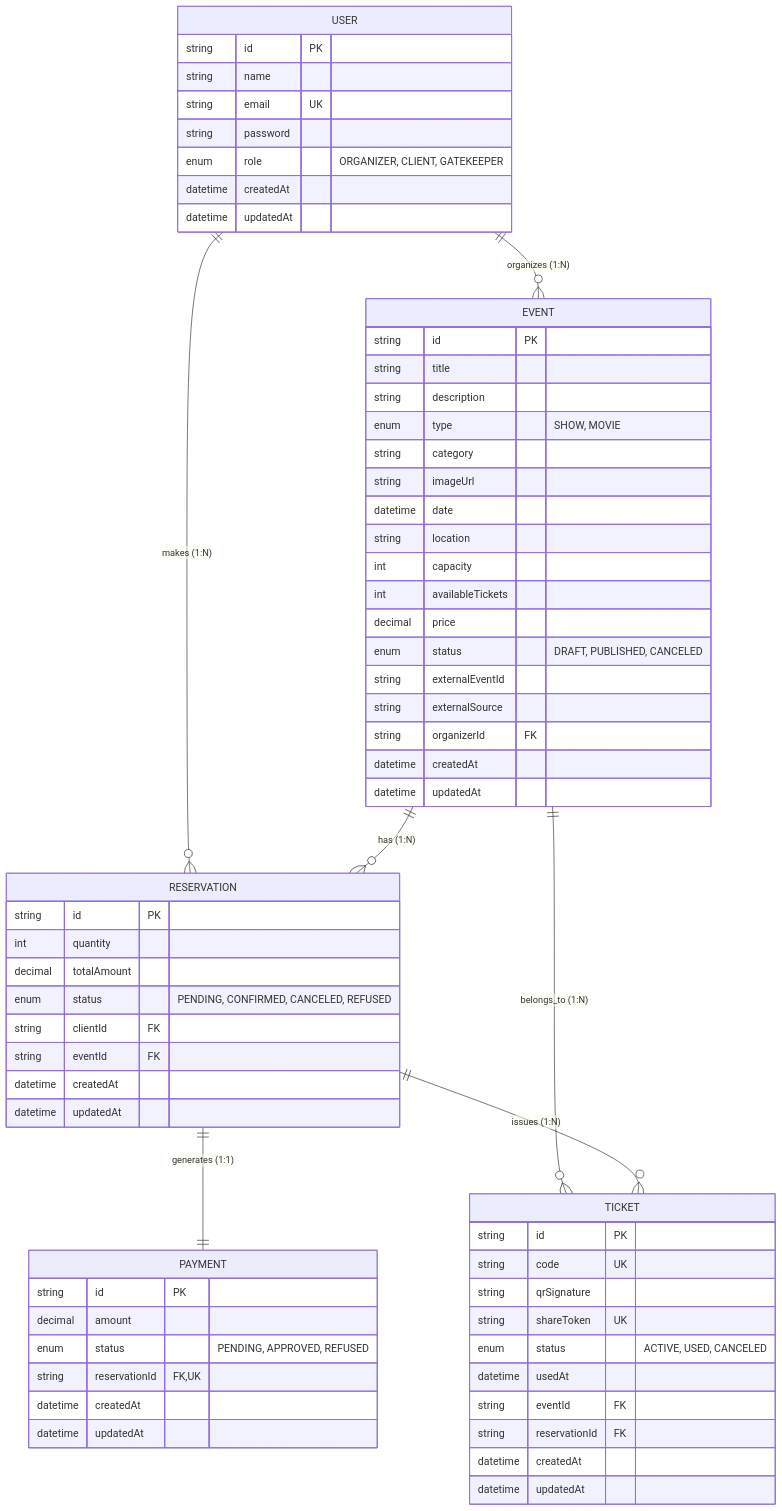
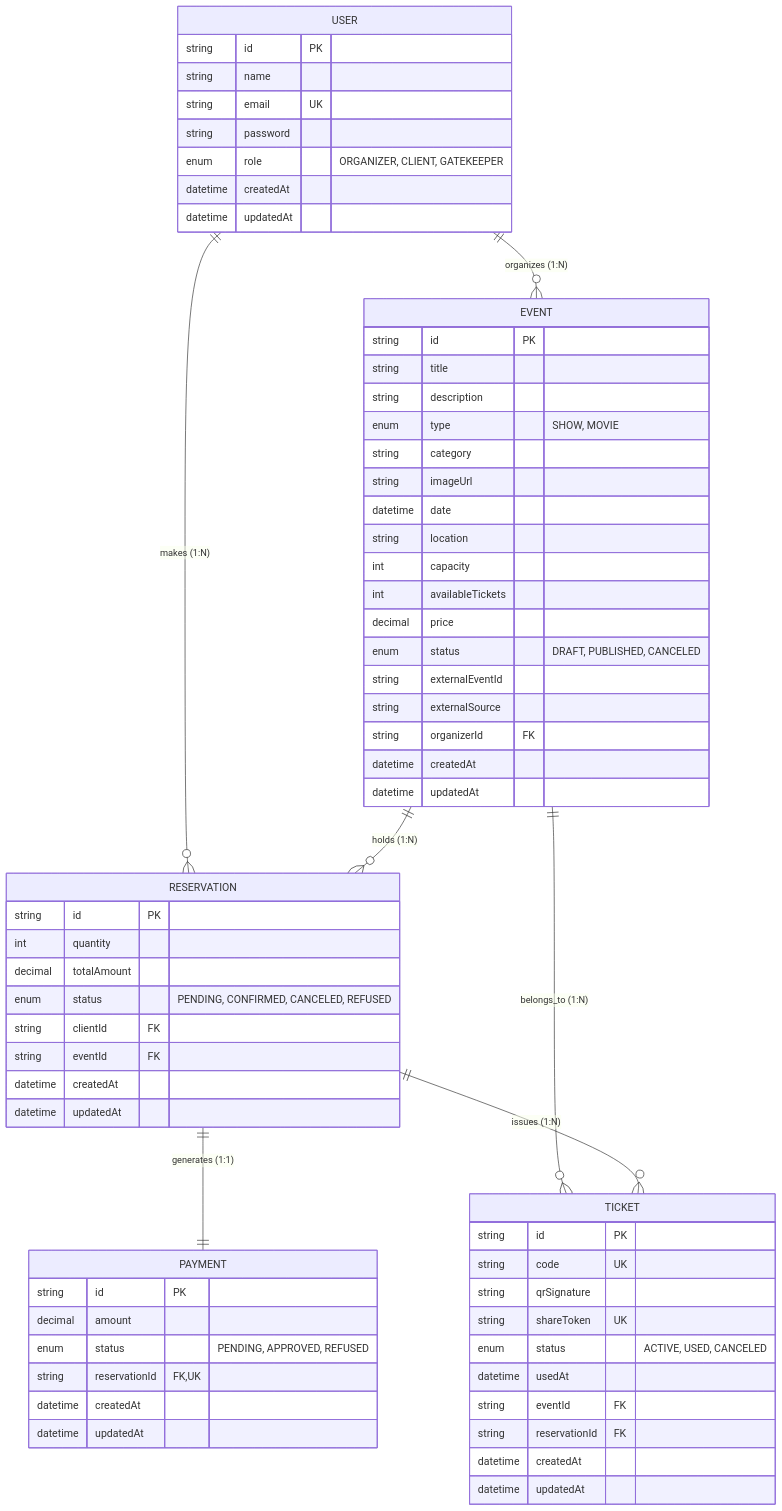
One commit to ludson96/desafio-elite-dev changed the second of 2 diagrams in README.en.md. Above: the diagram before and after it, drawn with Mermaid. The commit also changed other lines of this file and 2 other files, not shown here.

````diff
--- a/README.en.md
+++ b/README.en.md
@@ -126,72 +182,72 @@
 ```mermaid
 erDiagram
     USER ||--o{ EVENT : "organizes (1:N)"
     USER ||--o{ RESERVATION : "makes (1:N)"
-    EVENT ||--o{ RESERVATION : "has (1:N)"
+    EVENT ||--o{ RESERVATION : "holds (1:N)"
     EVENT ||--o{ TICKET : "belongs_to (1:N)"
     RESERVATION ||--|| PAYMENT : "generates (1:1)"
     RESERVATION ||--o{ TICKET : "issues (1:N)"
 
     USER {
         string id PK
         string name
         string email UK
         string password
         enum role "ORGANIZER, CLIENT, GATEKEEPER"
         datetime createdAt
         datetime updatedAt
     }
 
     EVENT {
         string id PK
         string title
         string description
         enum type "SHOW, MOVIE"
         string category
         string imageUrl
         datetime date
         string location
         int capacity
         int availableTickets
         decimal price
         enum status "DRAFT, PUBLISHED, CANCELED"
         string externalEventId
         string externalSource
         string organizerId FK
         datetime createdAt
         datetime updatedAt
     }
 
     RESERVATION {
         string id PK
         int quantity
         decimal totalAmount
         enum status "PENDING, CONFIRMED, CANCELED, REFUSED"
         string clientId FK
         string eventId FK
         datetime createdAt
         datetime updatedAt
     }
 
     PAYMENT {
         string id PK
         decimal amount
         enum status "PENDING, APPROVED, REFUSED"
         string reservationId FK,UK
         datetime createdAt
         datetime updatedAt
     }
 
     TICKET {
         string id PK
         string code UK
         string qrSignature
         string shareToken UK
         enum status "ACTIVE, USED, CANCELED"
         datetime usedAt
         string eventId FK
         string reservationId FK
         datetime createdAt
         datetime updatedAt
     }
 ```
````
